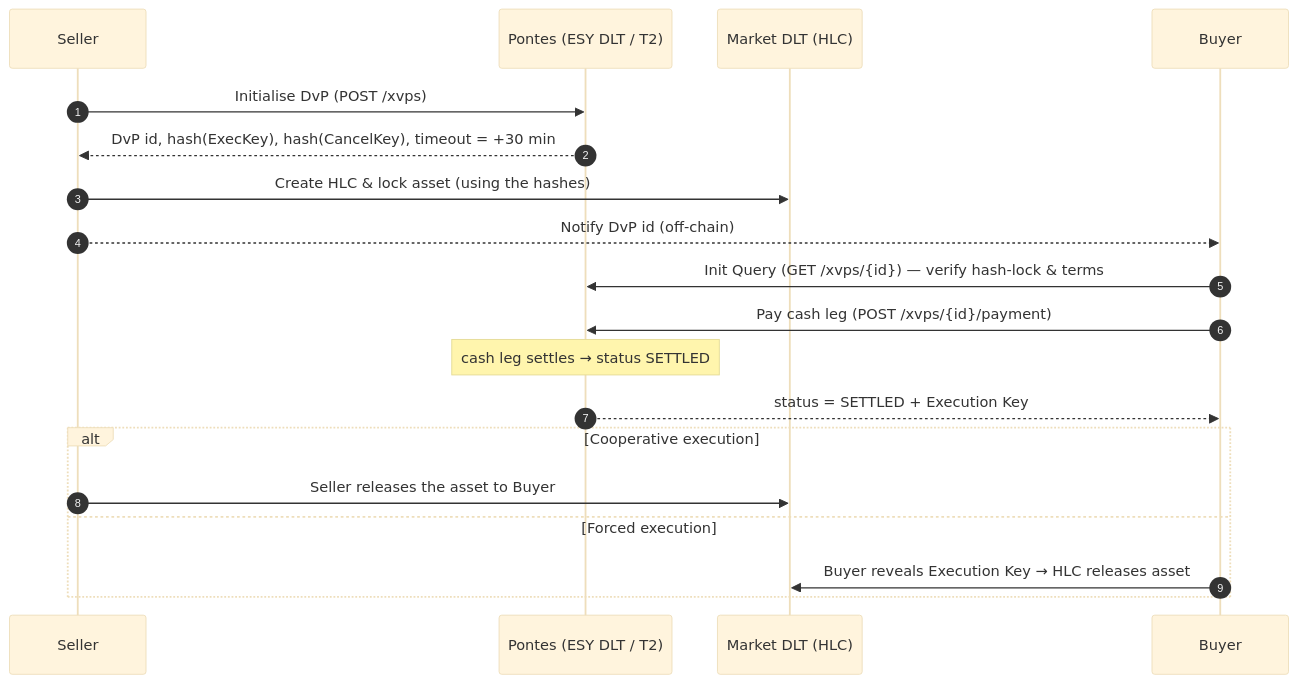
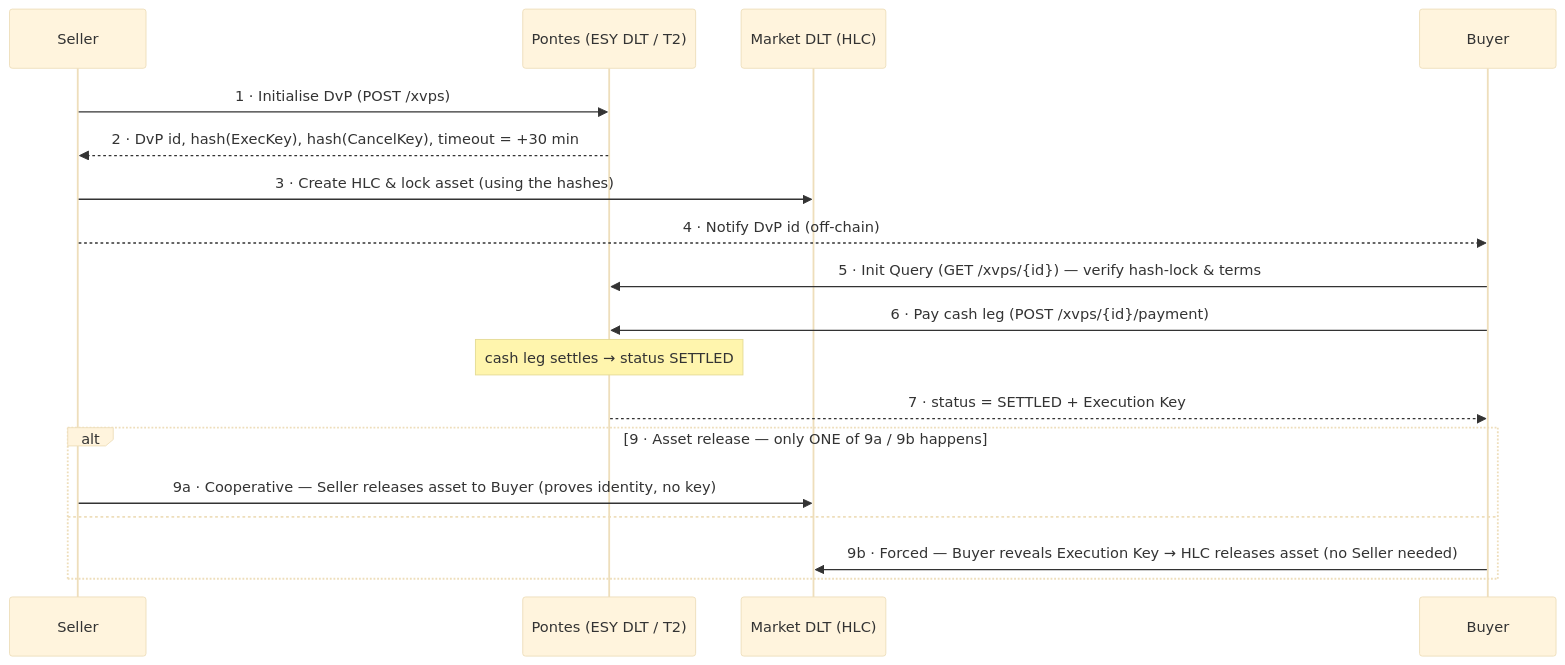
One commit to jjnieto/Pontes changed the second of 3 diagrams in README.md. Above: the diagram before and after it, drawn with Mermaid (base theme). The commit also changed other lines of this file, not shown here.

First line of the commit message:
Correlate DvP sequence steps with the endpoint table

````diff
--- a/README.md
+++ b/README.md
@@ -194,21 +199,20 @@
 ```mermaid
 sequenceDiagram
-    autonumber
     participant S as Seller
     participant P as Pontes (ESY DLT / T2)
     participant M as Market DLT (HLC)
     participant B as Buyer
-    S->>P: Initialise DvP  (POST /xvps)
-    P-->>S: DvP id, hash(ExecKey), hash(CancelKey), timeout = +30 min
-    S->>M: Create HLC & lock asset (using the hashes)
-    S-->>B: Notify DvP id (off-chain)
-    B->>P: Init Query (GET /xvps/{id}) — verify hash-lock & terms
-    B->>P: Pay cash leg (POST /xvps/{id}/payment)
+    S->>P: 1 · Initialise DvP (POST /xvps)
+    P-->>S: 2 · DvP id, hash(ExecKey), hash(CancelKey), timeout = +30 min
+    S->>M: 3 · Create HLC & lock asset (using the hashes)
+    S-->>B: 4 · Notify DvP id (off-chain)
+    B->>P: 5 · Init Query (GET /xvps/{id}) — verify hash-lock & terms
+    B->>P: 6 · Pay cash leg (POST /xvps/{id}/payment)
     Note over P: cash leg settles → status SETTLED
-    P-->>B: status = SETTLED + Execution Key
-    alt Cooperative execution
-        S->>M: Seller releases the asset to Buyer
-    else Forced execution
-        B->>M: Buyer reveals Execution Key → HLC releases asset
+    P-->>B: 7 · status = SETTLED + Execution Key
+    alt 9 · Asset release — only ONE of 9a / 9b happens
+        S->>M: 9a · Cooperative — Seller releases asset to Buyer (proves identity, no key)
+    else
+        B->>M: 9b · Forced — Buyer reveals Execution Key → HLC releases asset (no Seller needed)
     end
 ```
````
